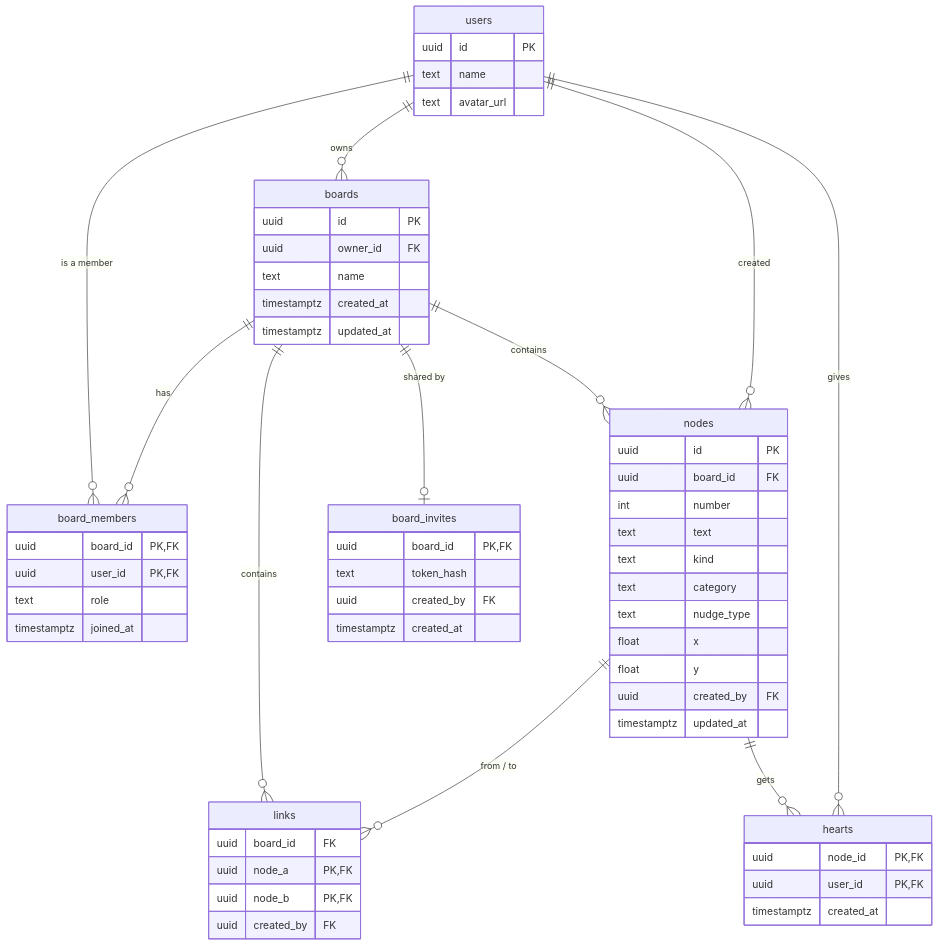
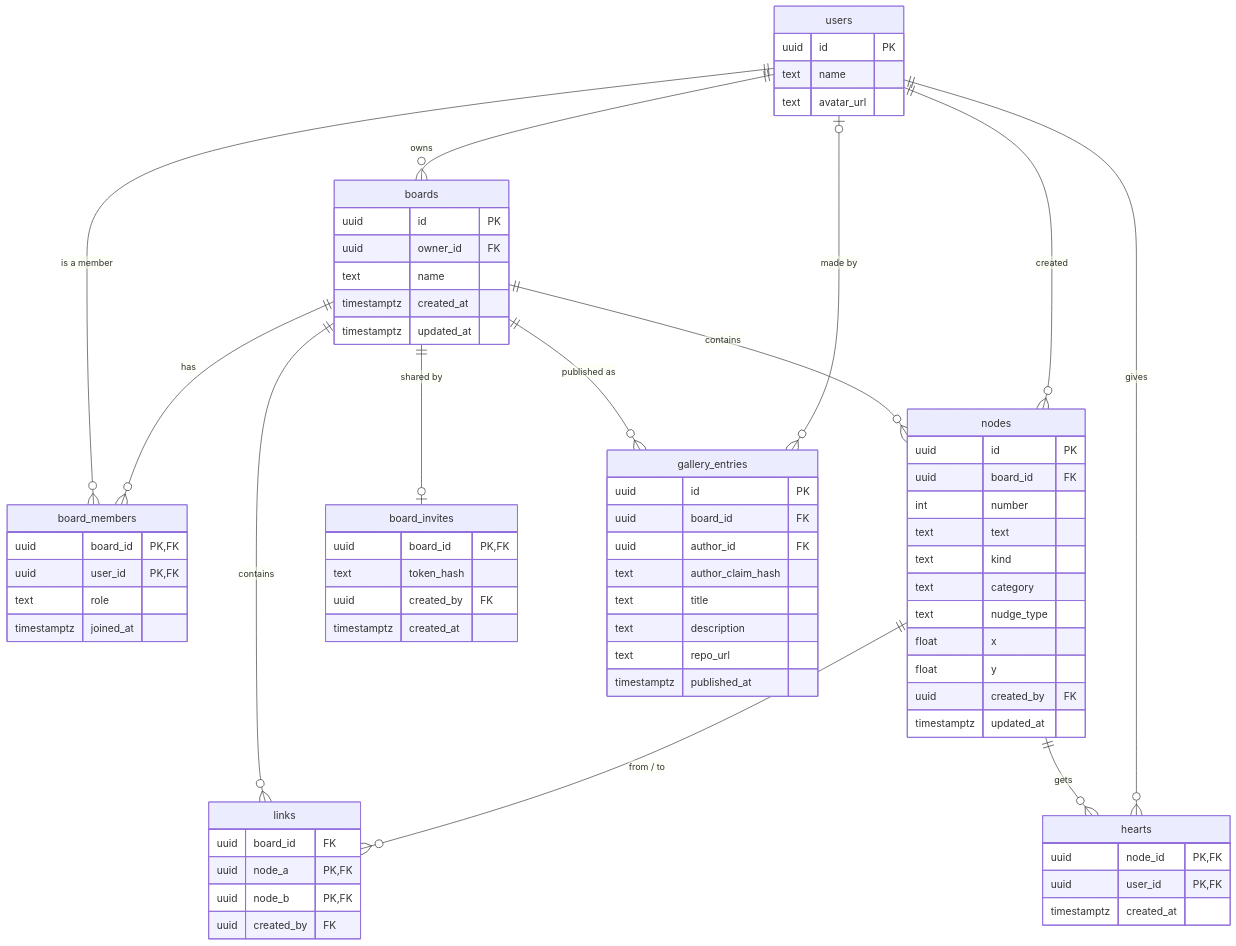
One commit to jtbinith/floppy-thoughts changed the diagram in docs/database.md. Above: the diagram before and after it, drawn with Mermaid. The commit also changed other lines of this file, not shown here.

Commit message:
Database design: collaboration, gallery, retention, inactive-account warnings, privacy details

````diff
--- a/docs/database.md
+++ b/docs/database.md
@@ -19,62 +21,74 @@
 ```mermaid
 erDiagram
   users ||--o{ boards : owns
   users ||--o{ board_members : "is a member"
   boards ||--o{ board_members : has
   boards ||--o{ nodes : contains
   boards ||--o{ links : contains
   nodes ||--o{ links : "from / to"
   nodes ||--o{ hearts : gets
   users ||--o{ hearts : gives
   boards ||--o| board_invites : "shared by"
   users ||--o{ nodes : "created"
+  boards ||--o{ gallery_entries : "published as"
+  users |o--o{ gallery_entries : "made by"
 
   users {
     uuid id PK
     text name
     text avatar_url
   }
   boards {
     uuid id PK
     uuid owner_id FK
     text name
     timestamptz created_at
     timestamptz updated_at
   }
   board_members {
     uuid board_id PK, FK
     uuid user_id PK, FK
     text role
     timestamptz joined_at
   }
   nodes {
     uuid id PK
     uuid board_id FK
     int number
     text text
     text kind
     text category
     text nudge_type
     float x
     float y
     uuid created_by FK
     timestamptz updated_at
   }
   links {
     uuid board_id FK
     uuid node_a PK, FK
     uuid node_b PK, FK
     uuid created_by FK
   }
   hearts {
     uuid node_id PK, FK
     uuid user_id PK, FK
     timestamptz created_at
   }
   board_invites {
     uuid board_id PK, FK
     text token_hash
     uuid created_by FK
     timestamptz created_at
   }
+  gallery_entries {
+    uuid id PK
+    uuid board_id FK
+    uuid author_id FK
+    text author_claim_hash
+    text title
+    text description
+    text repo_url
+    timestamptz published_at
+  }
 ```
````
